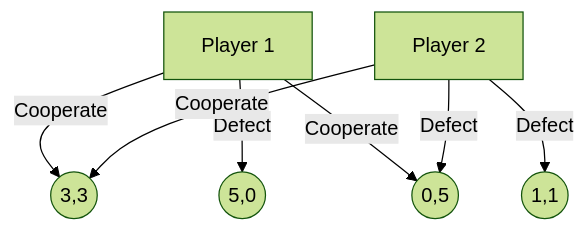
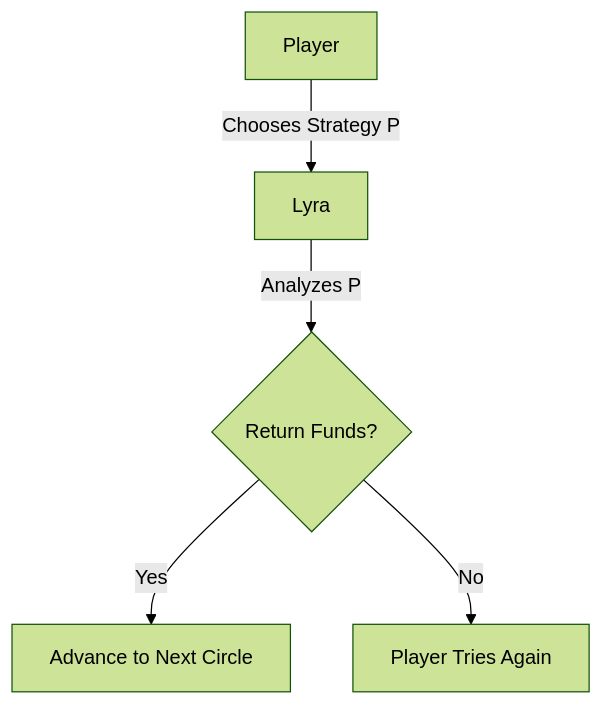
Before and after one commit to nadeemb53/circles-ink: the first of 7 diagrams in virality-framework-doc/README.md, drawn with Mermaid (forest theme). The commit also changed other lines of this file, not shown here.

````diff
--- a/virality-framework-doc/README.md
+++ b/virality-framework-doc/README.md
@@ -69,9 +72,7 @@
 ```mermaid
 graph TD
-    A[Player 1] -->|Cooperate| B((3,3))
-    A -->|Defect| C((5,0))
-    D[Player 2] -->|Cooperate| B
-    D -->|Defect| E((1,1))
-    A -->|Cooperate| F((0,5))
-    D -->|Defect| F
+    Player -->|Chooses Strategy P| Lyra
+    Lyra -->|Analyzes P| Decision{Return Funds?}
+    Decision -->|Yes| Advance[Advance to Next Circle]
+    Decision -->|No| Retry[Player Tries Again]
 ```
````
